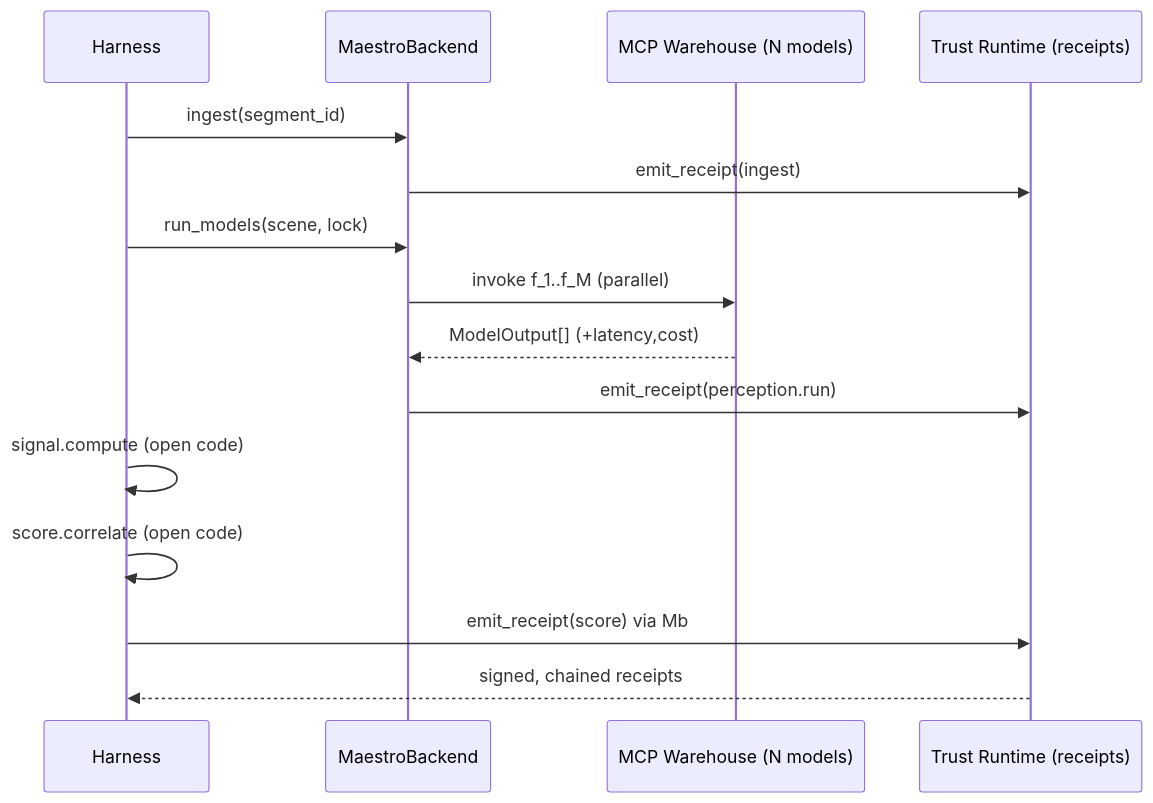
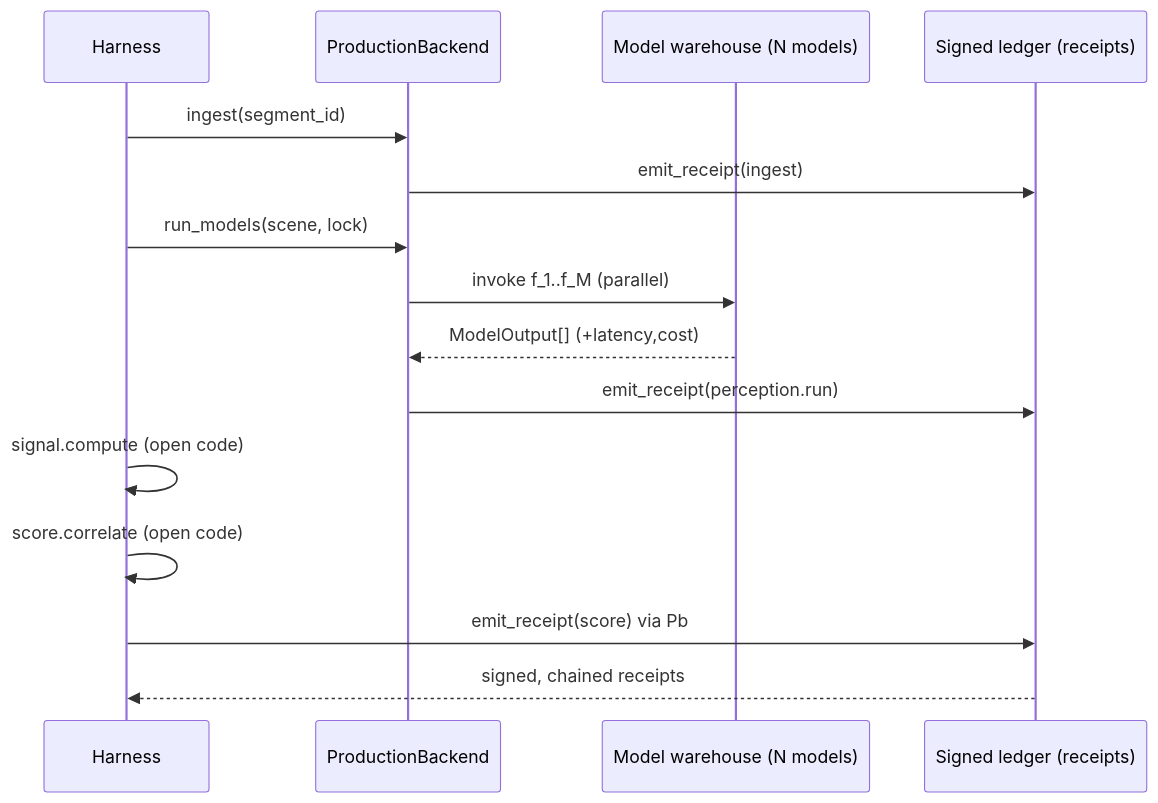
One commit to manfromnowhere143/perceptionproof changed the second of 2 diagrams in docs/ARCHITECTURE.md. Above: the diagram before and after it, drawn with Mermaid. The commit also changed other lines of this file and 1 other file, not shown here.

First line of the commit message:
docs(architecture): sanitize — remove commercial/strategy framing from public doc

````diff
--- a/docs/ARCHITECTURE.md
+++ b/docs/ARCHITECTURE.md
@@ -122,17 +106,17 @@
 ```mermaid
 sequenceDiagram
   participant H as Harness
-  participant Mb as MaestroBackend
-  participant W as MCP Warehouse (N models)
-  participant T as Trust Runtime (receipts)
-  H->>Mb: ingest(segment_id)
-  Mb->>T: emit_receipt(ingest)
-  H->>Mb: run_models(scene, lock)
-  Mb->>W: invoke f_1..f_M (parallel)
-  W-->>Mb: ModelOutput[] (+latency,cost)
-  Mb->>T: emit_receipt(perception.run)
+  participant Pb as ProductionBackend
+  participant W as Model warehouse (N models)
+  participant T as Signed ledger (receipts)
+  H->>Pb: ingest(segment_id)
+  Pb->>T: emit_receipt(ingest)
+  H->>Pb: run_models(scene, lock)
+  Pb->>W: invoke f_1..f_M (parallel)
+  W-->>Pb: ModelOutput[] (+latency,cost)
+  Pb->>T: emit_receipt(perception.run)
   H->>H: signal.compute (open code)
   H->>H: score.correlate (open code)
-  H->>T: emit_receipt(score) via Mb
+  H->>T: emit_receipt(score) via Pb
   T-->>H: signed, chained receipts
 ```
````
